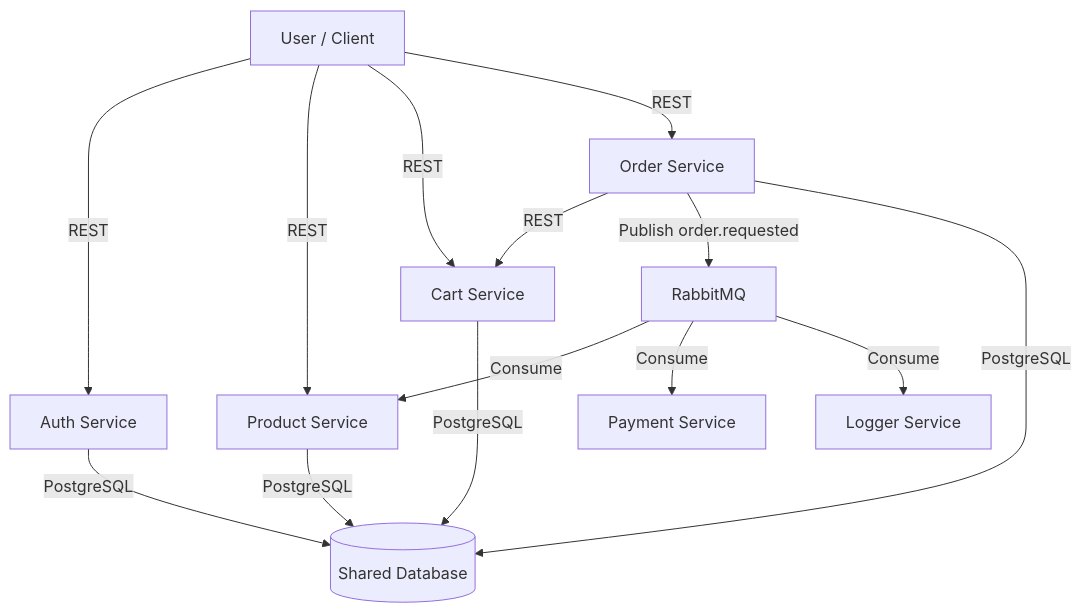
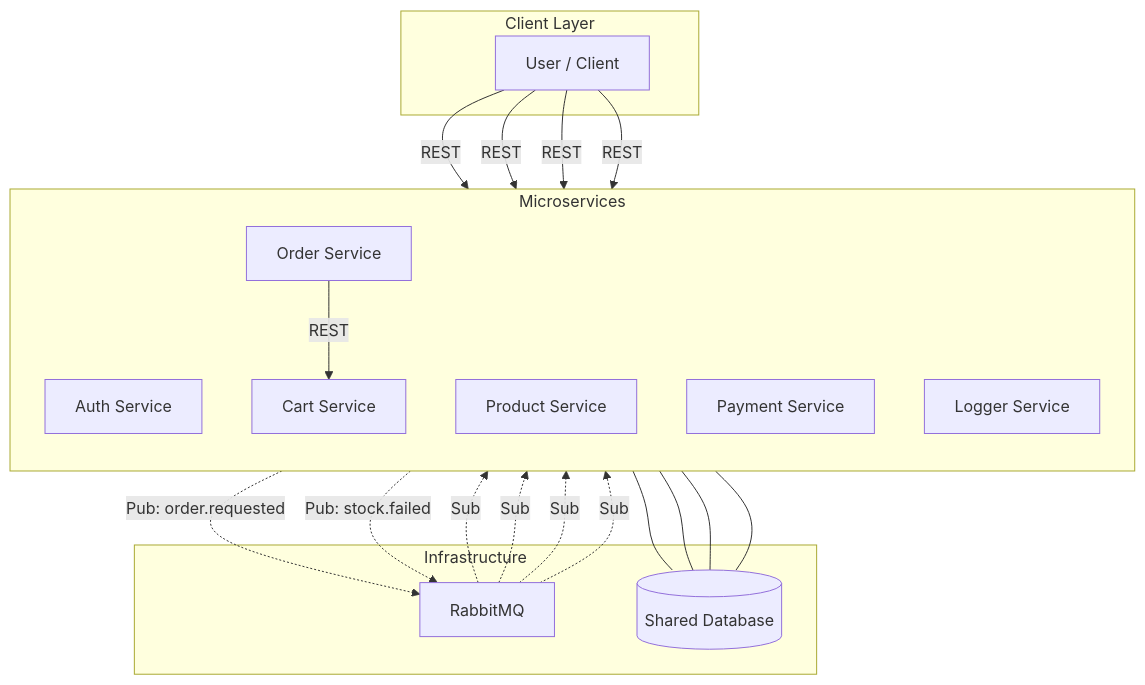
One commit to phanthehoang2503/small-project-service changed the first of 2 diagrams in README.md. Above: the diagram before and after it, drawn with Mermaid. The commit also changed other lines of this file, not shown here.

Commit message:
updated the document to fit with the same current version

````diff
--- a/README.md
+++ b/README.md
@@ -13,19 +13,45 @@
 ```mermaid
-graph TD;
-    User[User / Client] -->|REST| Auth[Auth Service]
-    User -->|REST| Product[Product Service]
-    User -->|REST| Cart[Cart Service]
-    User -->|REST| Order[Order Service]
+graph TD
+    subgraph Client [Client Layer]
+        User[User / Client]
+    end
+
+    subgraph Services [Microservices]
+        direction TB
+        Auth[Auth Service]
+        Product[Product Service]
+        Cart[Cart Service]
+        Order[Order Service]
+        Payment[Payment Service]
+        Logger[Logger Service]
+    end
+
+    subgraph Infra [Infrastructure]
+        RabbitMQ
+        DB[(Shared Database)]
+    end
+
+    %% Client Interactions
+    User -->|REST| Auth
+    User -->|REST| Product
+    User -->|REST| Cart
+    User -->|REST| Order
+
+    %% Service-to-Service (Sync)
+    Order -->|REST| Cart
+
+    %% Async Messaging (RabbitMQ)
+    Order -.->|Pub: order.requested| RabbitMQ
+    RabbitMQ -.->|Sub| Product
+    RabbitMQ -.->|Sub| Payment
+    RabbitMQ -.->|Sub| Logger
     
-    Order -->|REST| Cart
-    Order -->|Publish order.requested| RabbitMQ
-    
-    RabbitMQ -->|Consume| Product
-    RabbitMQ -->|Consume| Payment[Payment Service]
-    RabbitMQ -->|Consume| Logger[Logger Service]
-    
-    Product -->|PostgreSQL| DB[(Shared Database)]
-    Order -->|PostgreSQL| DB
-    Cart -->|PostgreSQL| DB
-    Auth -->|PostgreSQL| DB
+    Product -.->|Pub: stock.failed| RabbitMQ
+    RabbitMQ -.->|Sub| Order
+
+    %% Database Connections
+    Auth --- DB
+    Product --- DB
+    Cart --- DB
+    Order --- DB
 ```
````
